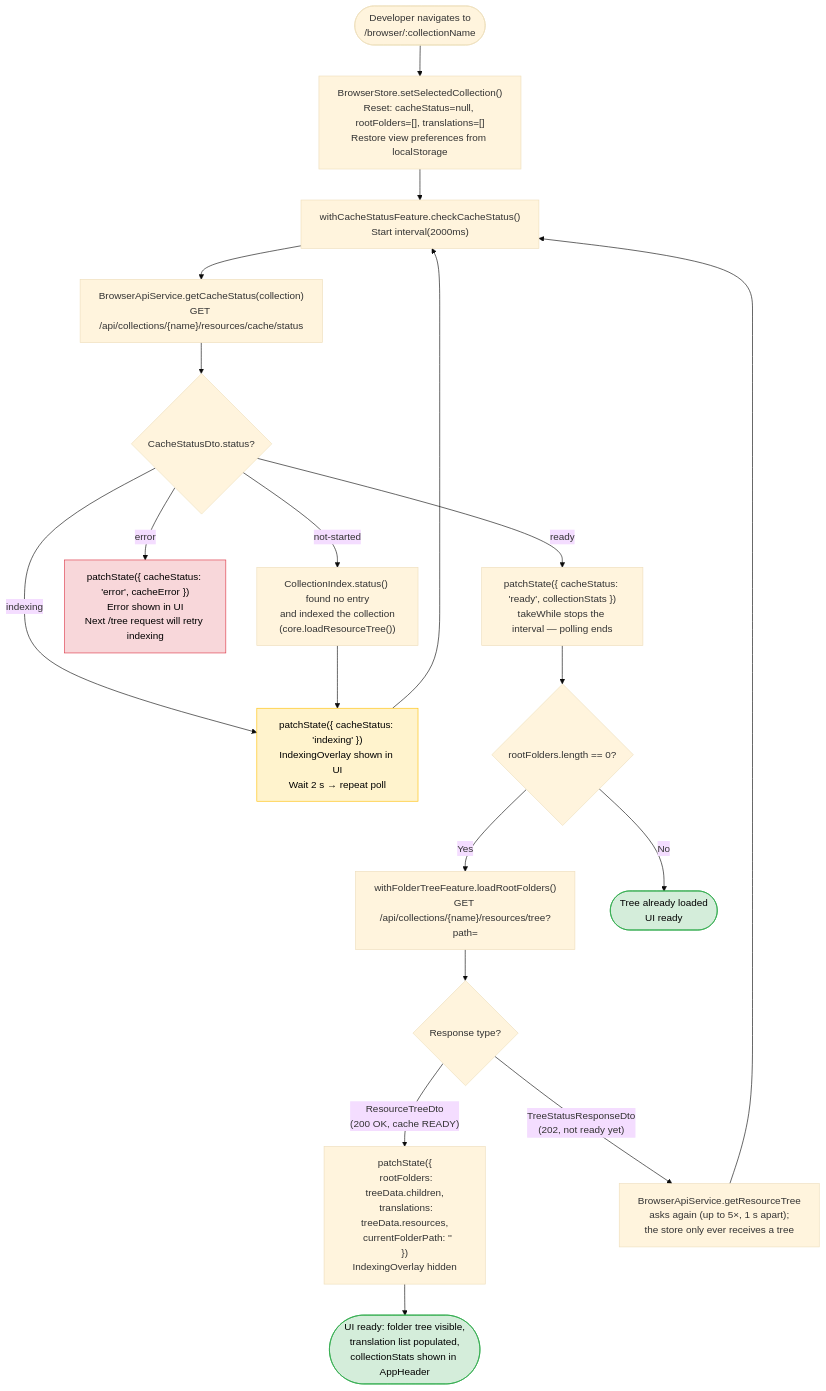
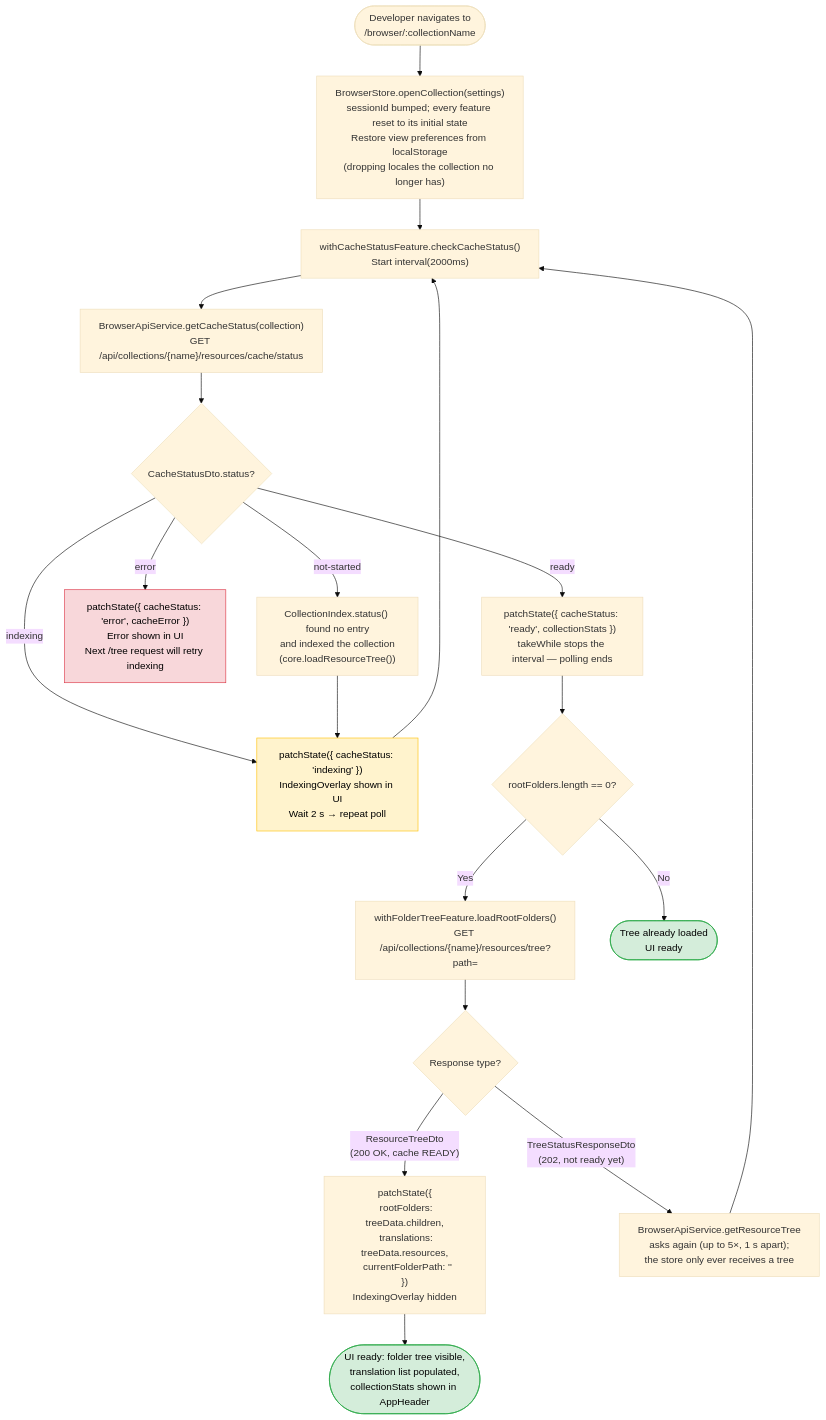
One commit to SimonNodel-AI/lingo-tracker changed the eighth of 8 diagrams in architecture-docs/user-flows.md. Above: the diagram before and after it, drawn with Mermaid (base theme). The commit also changed other lines of this file and 11 other files, not shown here.

````diff
--- a/architecture-docs/user-flows.md
+++ b/architecture-docs/user-flows.md
@@ -430,50 +430,50 @@
 ```mermaid
 flowchart TD
     START([Developer navigates to\n/browser/:collectionName]) --> SET_COLLECTION
 
-    SET_COLLECTION["BrowserStore.setSelectedCollection()\nReset: cacheStatus=null, rootFolders=[], translations=[]\nRestore view preferences from localStorage"]
+    SET_COLLECTION["BrowserStore.openCollection(settings)\nsessionId bumped; every feature reset to its initial state\nRestore view preferences from localStorage\n(dropping locales the collection no longer has)"]
 
     SET_COLLECTION --> POLL_START["withCacheStatusFeature.checkCacheStatus()\nStart interval(2000ms)"]
 
     POLL_START --> CALL_STATUS["BrowserApiService.getCacheStatus(collection)\nGET /api/collections/{name}/resources/cache/status"]
 
     CALL_STATUS --> STATUS_CHECK{"CacheStatusDto.status?"}
 
     STATUS_CHECK -- "not-started" --> TRIGGER_INDEX
     STATUS_CHECK -- "indexing" --> WAIT_LOOP
 
     TRIGGER_INDEX["CollectionIndex.status() found no entry\nand indexed the collection\n(core.loadResourceTree())"]
 
     TRIGGER_INDEX --> WAIT_LOOP
 
     WAIT_LOOP["patchState({ cacheStatus: 'indexing' })\nIndexingOverlay shown in UI\nWait 2 s → repeat poll"]
 
     WAIT_LOOP --> POLL_START
 
     STATUS_CHECK -- "error" --> SHOW_ERROR
     SHOW_ERROR["patchState({ cacheStatus: 'error', cacheError })\nError shown in UI\nNext /tree request will retry indexing"]
 
     STATUS_CHECK -- "ready" --> MARK_READY["patchState({ cacheStatus: 'ready', collectionStats })\ntakeWhile stops the interval — polling ends"]
 
     MARK_READY --> HAS_FOLDERS{"rootFolders.length == 0?"}
 
     HAS_FOLDERS -- Yes --> LOAD_TREE
     HAS_FOLDERS -- No --> DONE_INDEXED([Tree already loaded\nUI ready])
 
     LOAD_TREE["withFolderTreeFeature.loadRootFolders()\nGET /api/collections/{name}/resources/tree?path="]
 
     LOAD_TREE --> TREE_RESPONSE{"Response type?"}
 
     TREE_RESPONSE -- "ResourceTreeDto\n(200 OK, cache READY)" --> POPULATE["patchState({\n  rootFolders: treeData.children,\n  translations: treeData.resources,\n  currentFolderPath: ''\n})\nIndexingOverlay hidden"]
 
     TREE_RESPONSE -- "TreeStatusResponseDto\n(202, not ready yet)" --> LOAD_TREE_RETRY["BrowserApiService.getResourceTree\nasks again (up to 5×, 1 s apart);\nthe store only ever receives a tree"]
 
     LOAD_TREE_RETRY --> POLL_START
 
     POPULATE --> DONE([UI ready: folder tree visible,\ntranslation list populated,\ncollectionStats shown in AppHeader])
 
     style SHOW_ERROR fill:#f8d7da,stroke:#dc3545,color:#000
     style DONE fill:#d4edda,stroke:#28a745,color:#000
     style DONE_INDEXED fill:#d4edda,stroke:#28a745,color:#000
     style WAIT_LOOP fill:#fff3cd,stroke:#ffc107,color:#000
 ```
````
